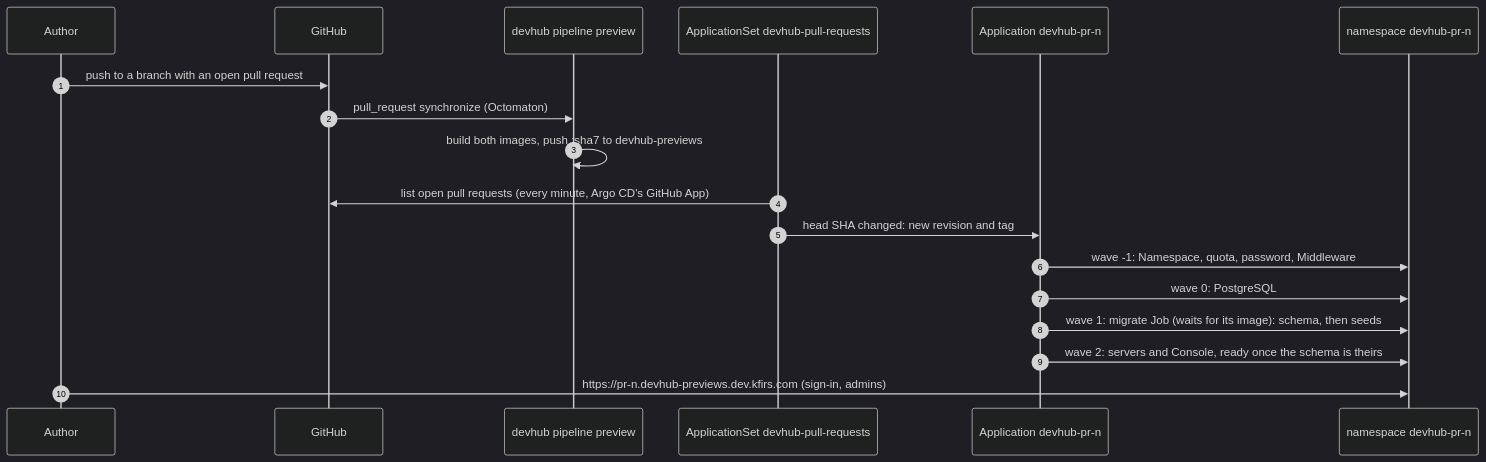
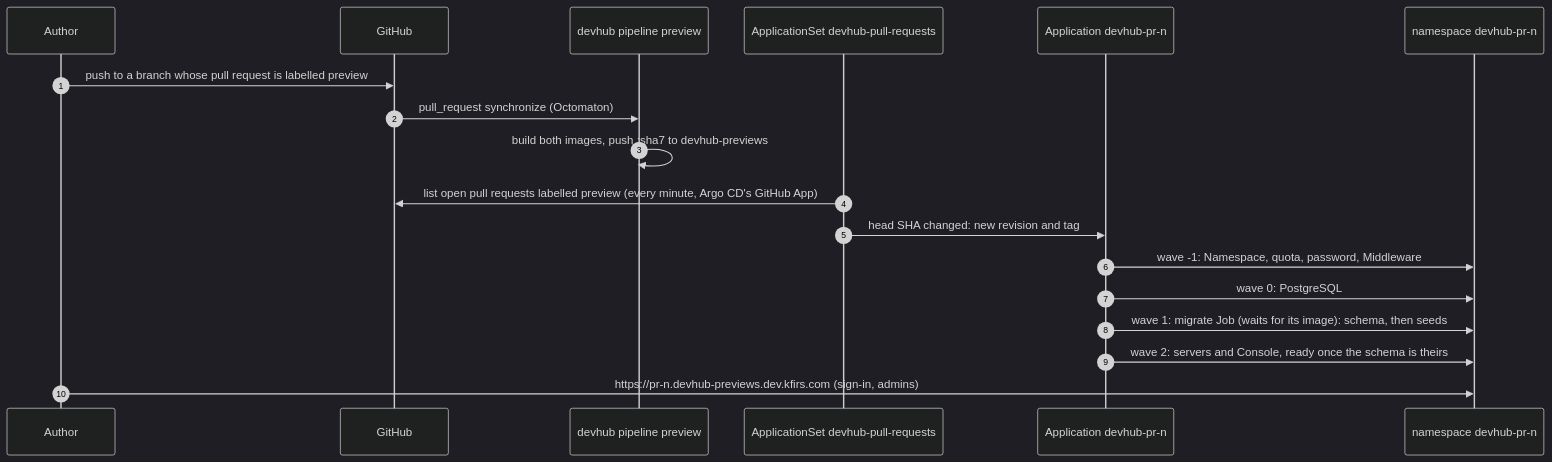
Before and after one commit to arikkfir-org/delivery: the second of 4 diagrams in docs/delivery/designs/devhub-previews.md, drawn with Mermaid (dark theme). The commit also changed other lines of this file and 5 other files, not shown here.

First line of the commit message:
fix(devhub): preview only pull requests labelled preview

````diff
--- a/docs/delivery/designs/devhub-previews.md
+++ b/docs/delivery/designs/devhub-previews.md
@@ -37,20 +37,20 @@
 ```mermaid
 sequenceDiagram
   autonumber
   participant Dev as Author
   participant GH as GitHub
   participant P as devhub pipeline preview
   participant AS as ApplicationSet devhub-pull-requests
   participant A as Application devhub-pr-n
   participant K as namespace devhub-pr-n
-  Dev->>GH: push to a branch with an open pull request
+  Dev->>GH: push to a branch whose pull request is labelled preview
   GH->>P: pull_request synchronize (Octomaton)
   P->>P: build both images, push :sha7 to devhub-previews
-  AS->>GH: list open pull requests (every minute, Argo CD's GitHub App)
+  AS->>GH: list open pull requests labelled preview (every minute, Argo CD's GitHub App)
   AS->>A: head SHA changed: new revision and tag
   A->>K: wave -1: Namespace, quota, password, Middleware
   A->>K: wave 0: PostgreSQL
   A->>K: wave 1: migrate Job (waits for its image): schema, then seeds
   A->>K: wave 2: servers and Console, ready once the schema is theirs
   Dev->>K: https://pr-n.devhub-previews.dev.kfirs.com (sign-in, admins)
 ```
````
